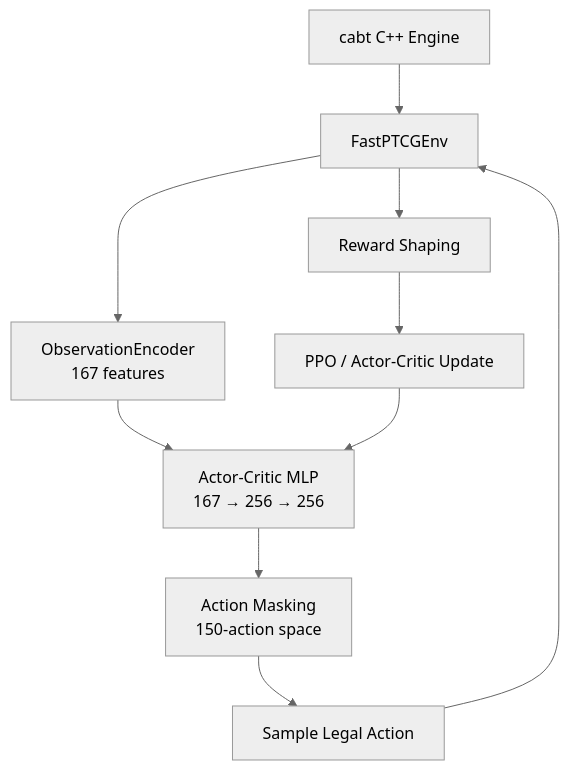
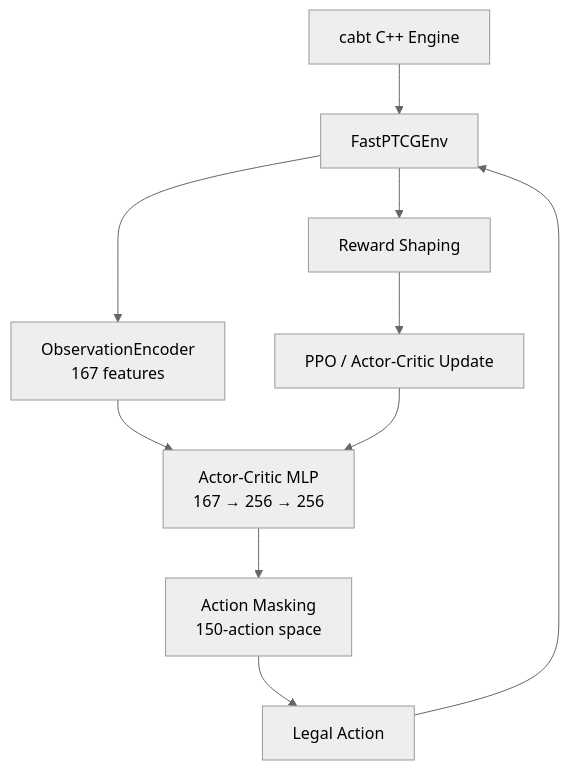
One commit to rahulsiiitm/ptcg-rl-agent changed the diagram in README.md. Above: the diagram before and after it, drawn with Mermaid (neutral theme). The commit also changed other lines of this file, not shown here.

Commit message:
docs: restore Pokemon aesthetic in README architecture

````diff
--- a/README.md
+++ b/README.md
@@ -179,12 +185,12 @@
 ```mermaid
 graph TD
     E[cabt C++ Engine] --> G[FastPTCGEnv]
     G --> S[ObservationEncoder<br/>167 features]
     S --> AC[Actor-Critic MLP<br/>167 → 256 → 256]
     AC --> M[Action Masking<br/>150-action space]
-    M --> A[Sample Legal Action]
+    M --> A[Legal Action]
     A --> G
     G --> R[Reward Shaping]
     R --> U[PPO / Actor-Critic Update]
     U --> AC
 ```
````
